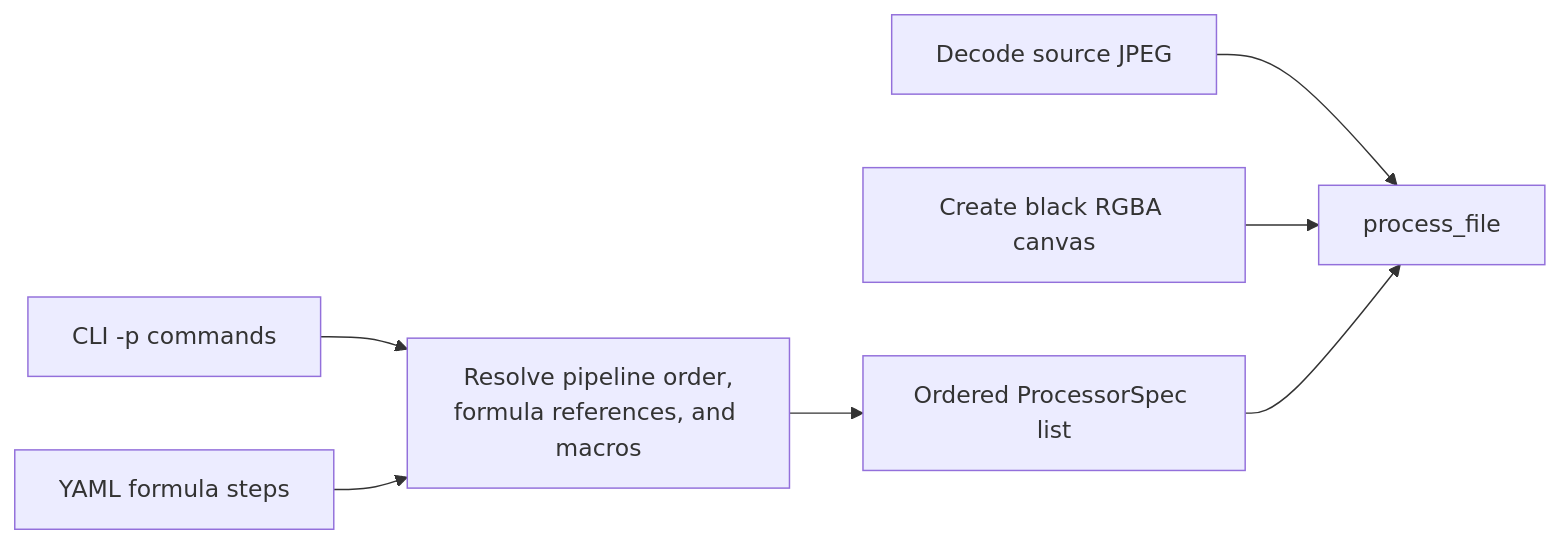
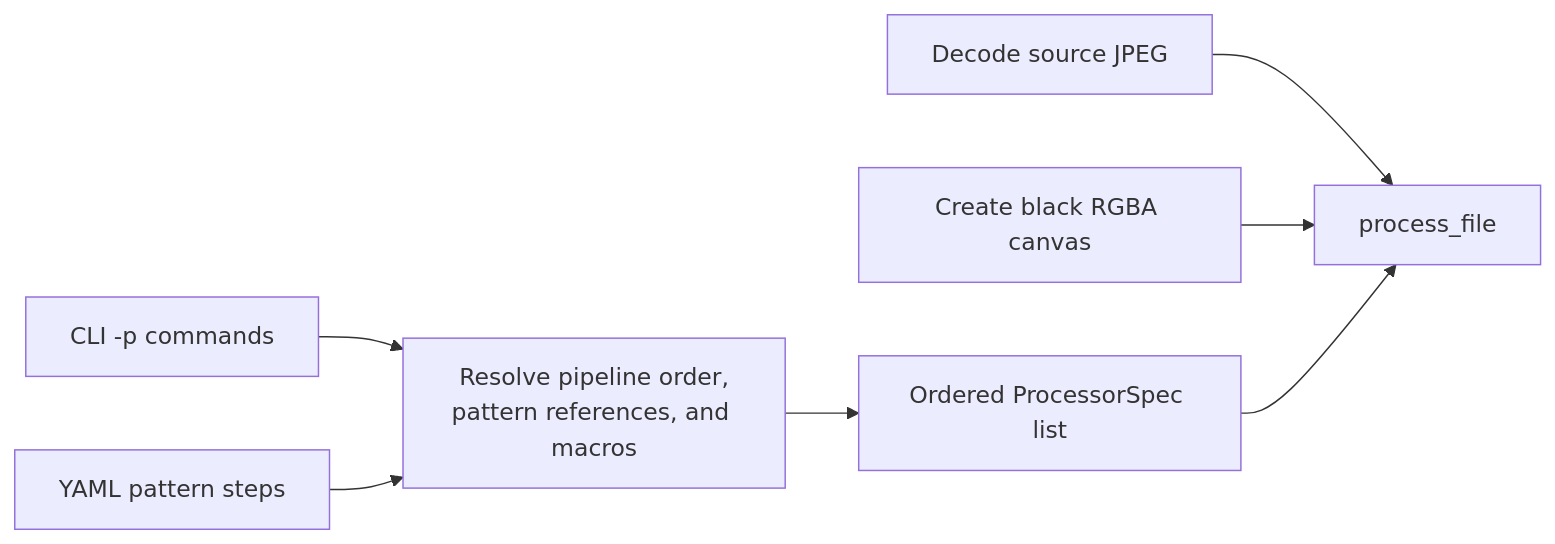
Before and after one commit to dotanrs/magritte: the first of 3 diagrams in src/PROCESSING.md, drawn with Mermaid. The commit also changed other lines of this file and 25 other files, not shown here.

Commit message:
Formula -> pattern cont.

````diff
--- a/src/PROCESSING.md
+++ b/src/PROCESSING.md
@@ -25,17 +25,17 @@
 ```mermaid
 flowchart LR
     cli["CLI -p commands"]
-    yaml["YAML formula steps"]
-    resolve["Resolve pipeline order,<br/>formula references, and macros"]
+    yaml["YAML pattern steps"]
+    resolve["Resolve pipeline order,<br/>pattern references, and macros"]
     source["Decode source JPEG"]
     canvas["Create black RGBA canvas"]
     specs["Ordered ProcessorSpec list"]
     process["process_file"]
 
     cli --> resolve
     yaml --> resolve
     resolve --> specs
     source --> process
     canvas --> process
     specs --> process
 ```
````
